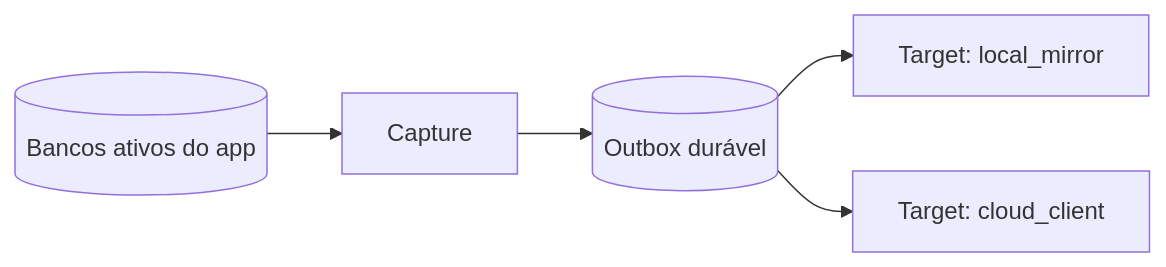
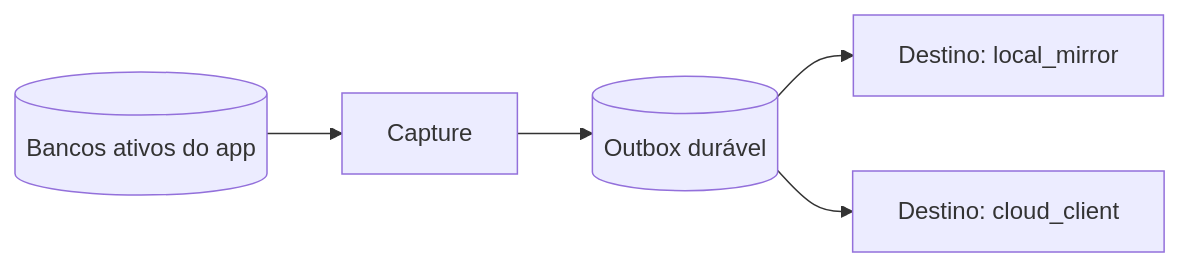
The first of 3 diagrams in docs/replication-architecture.md (migmoroni/veterinary-clinic), drawn with Mermaid before and after one commit. The commit also changed other lines of this file and 41 other files, not shown here.

````diff
--- a/docs/replication-architecture.md
+++ b/docs/replication-architecture.md
@@ -13,12 +13,12 @@
 ```mermaid
 flowchart LR
     APP[(Bancos ativos do app)]
     CAPTURE[Capture]
     OUTBOX[(Outbox durável)]
-    LOCAL[Target: local_mirror]
-    CLOUD[Target: cloud_client]
+    LOCAL[Destino: local_mirror]
+    CLOUD[Destino: cloud_client]
 
     APP --> CAPTURE --> OUTBOX
     OUTBOX --> LOCAL
     OUTBOX --> CLOUD
 ```
````
